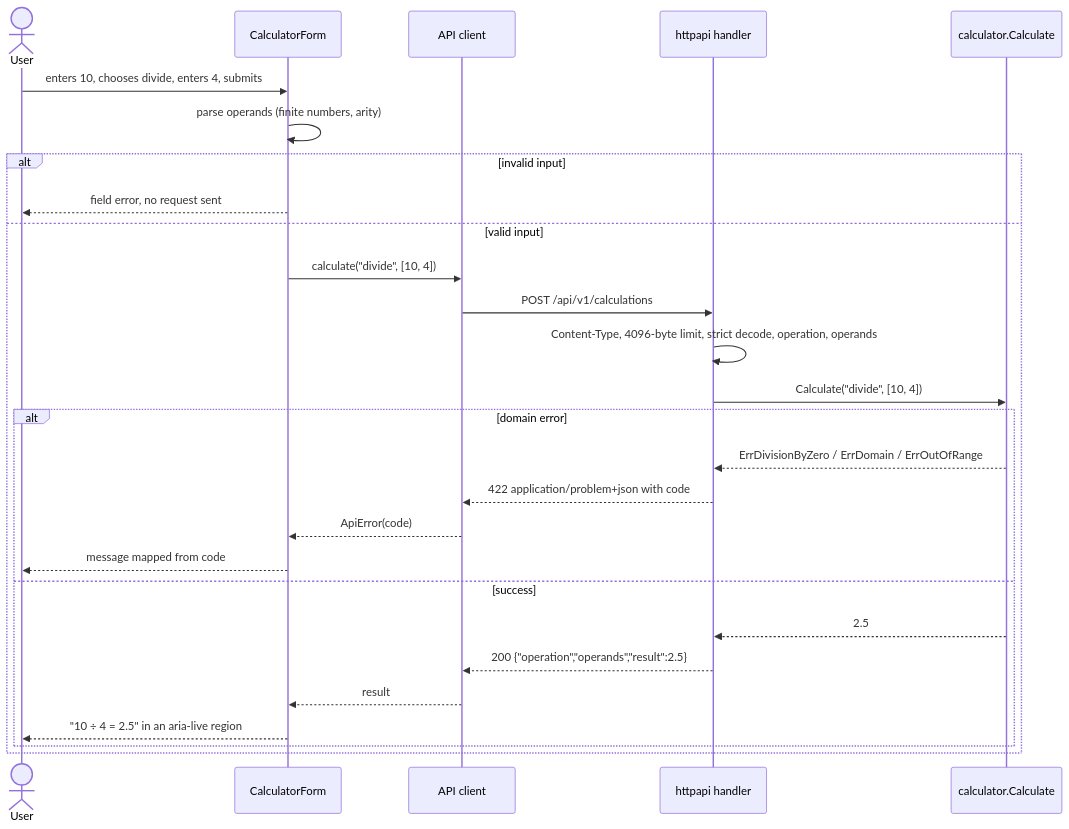
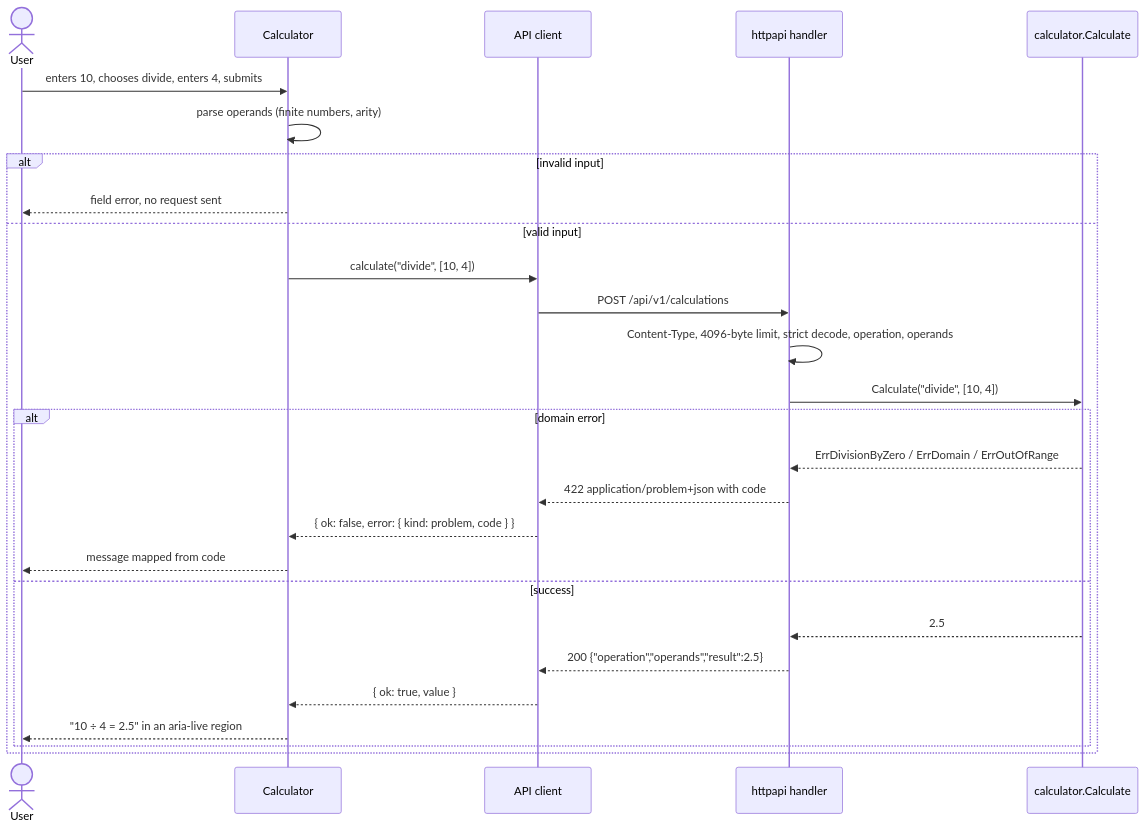
The second of 2 diagrams in docs/architecture.md (BillyJoe121/sezzle-calculator), drawn with Mermaid before and after one commit. The commit also changed other lines of this file and 15 other files, not shown here.

````diff
--- a/docs/architecture.md
+++ b/docs/architecture.md
@@ -44,29 +44,29 @@
 ```mermaid
 sequenceDiagram
   actor U as User
-  participant F as CalculatorForm
+  participant F as Calculator
   participant C as API client
   participant H as httpapi handler
   participant D as calculator.Calculate
   U->>F: enters 10, chooses divide, enters 4, submits
   F->>F: parse operands (finite numbers, arity)
   alt invalid input
     F-->>U: field error, no request sent
   else valid input
     F->>C: calculate("divide", [10, 4])
     C->>H: POST /api/v1/calculations
     H->>H: Content-Type, 4096-byte limit, strict decode, operation, operands
     H->>D: Calculate("divide", [10, 4])
     alt domain error
       D-->>H: ErrDivisionByZero / ErrDomain / ErrOutOfRange
       H-->>C: 422 application/problem+json with code
-      C-->>F: ApiError(code)
+      C-->>F: { ok: false, error: { kind: problem, code } }
       F-->>U: message mapped from code
     else success
       D-->>H: 2.5
       H-->>C: 200 {"operation","operands","result":2.5}
-      C-->>F: result
+      C-->>F: { ok: true, value }
       F-->>U: "10 ÷ 4 = 2.5" in an aria-live region
     end
   end
 ```
````
